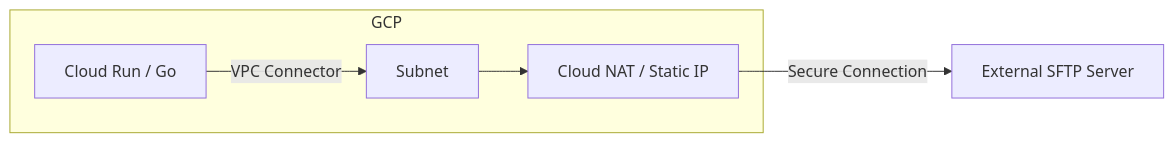
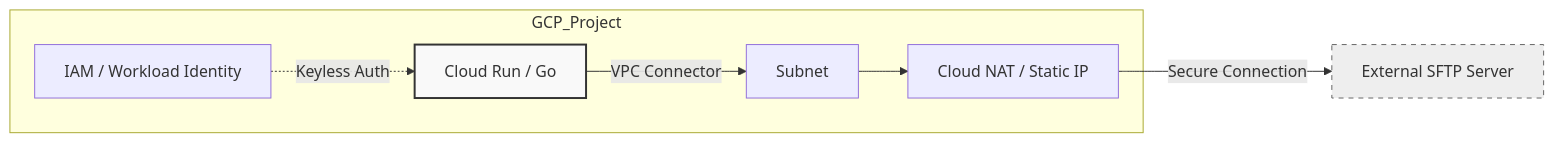
One commit to conti0513/development_public changed the first of 2 diagrams in projects/01_cloud_native_architecture/README.md. Above: the diagram before and after it, drawn with Mermaid. The commit also changed other lines of this file, not shown here.

````diff
--- a/projects/01_cloud_native_architecture/README.md
+++ b/projects/01_cloud_native_architecture/README.md
@@ -13,9 +22,13 @@
 ```mermaid
 graph LR
-    subgraph GCP
+    subgraph GCP_Project
         CR[Cloud Run / Go] -->|VPC Connector| SN[Subnet]
         SN --> NAT[Cloud NAT / Static IP]
+        IAM[IAM / Workload Identity] -.->|Keyless Auth| CR
     end
     NAT -->|Secure Connection| EXT[External SFTP Server]
+    
+    style CR fill:#f9f9f9,stroke:#333,stroke-width:2px
+    style EXT fill:#eee,stroke:#666,stroke-dasharray: 5 5
 
 ```
````
